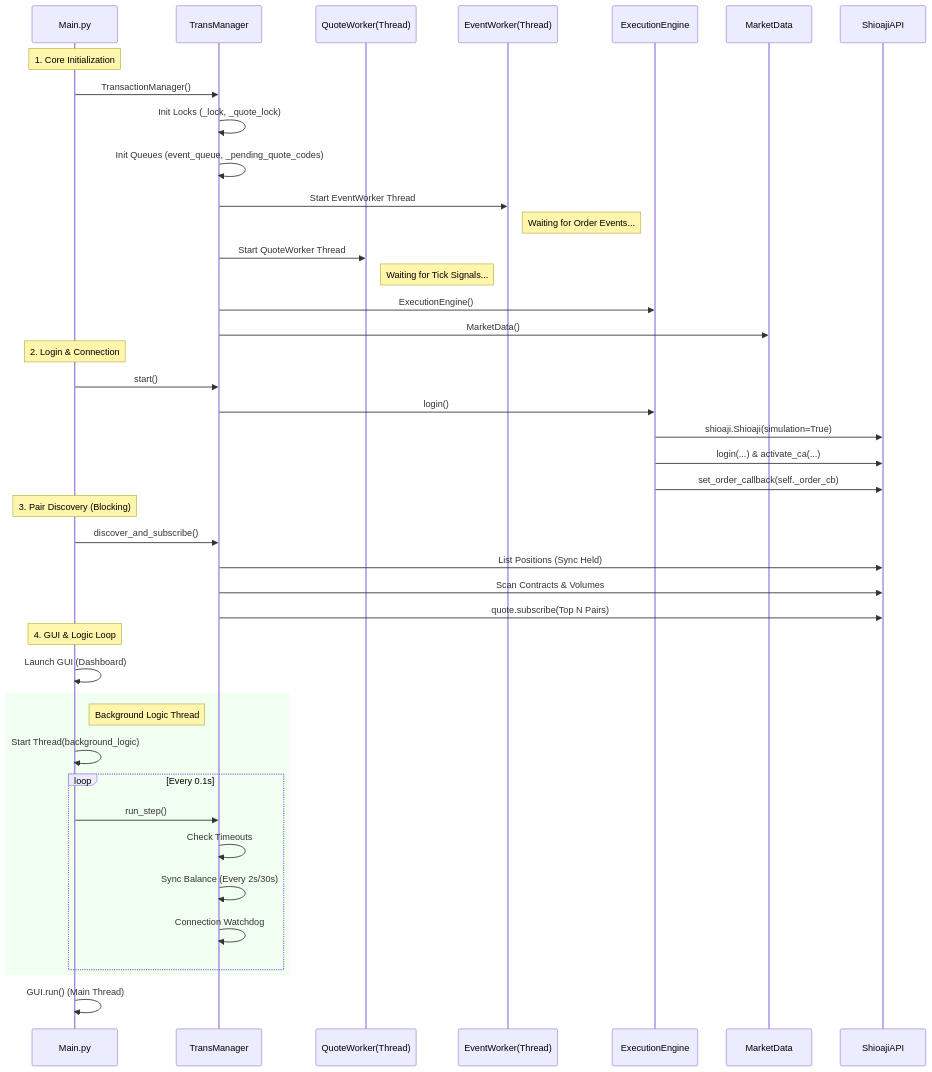
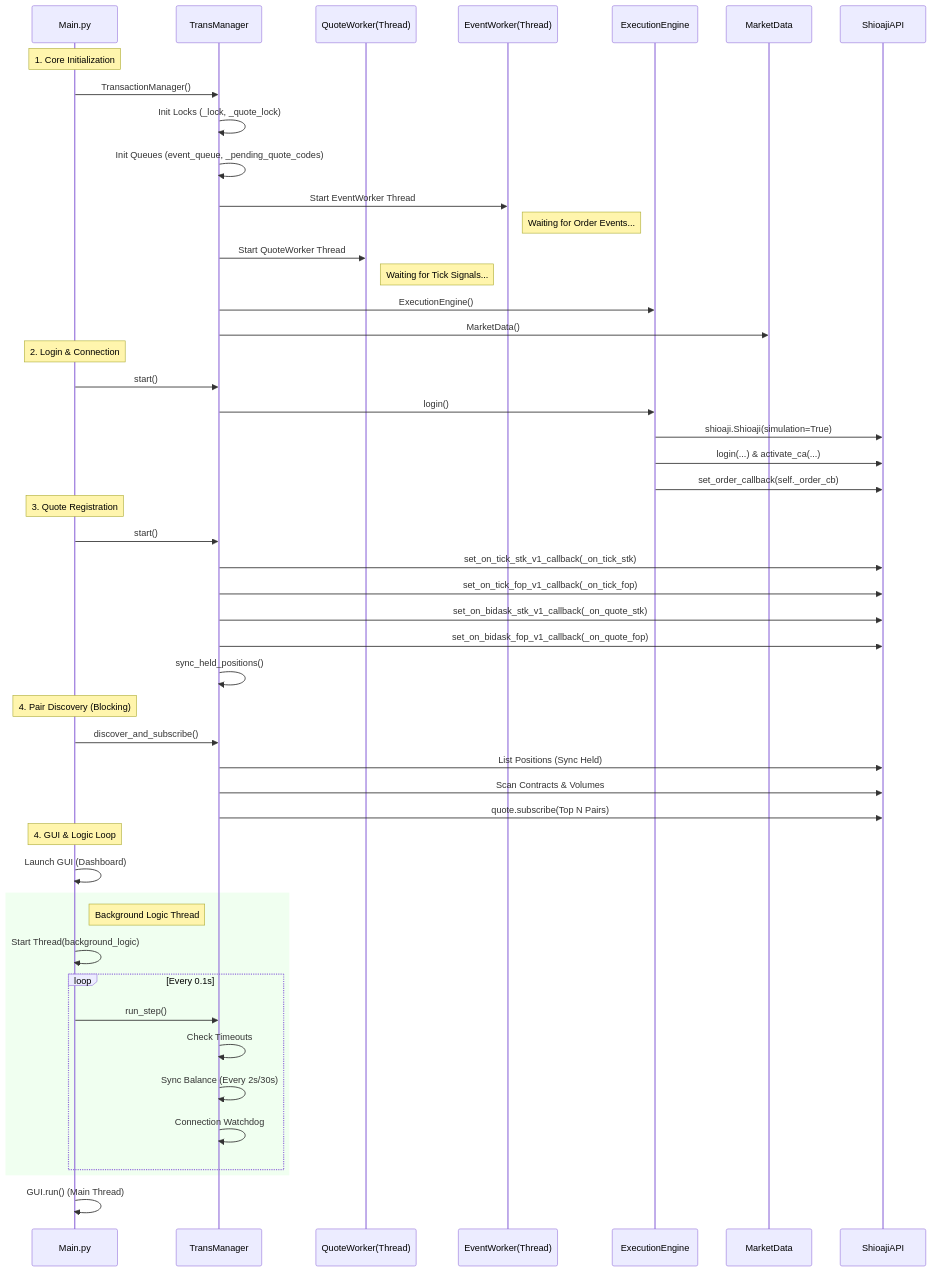
The second of 9 diagrams in source_code_interpretation.md (yupao-tsai/trading), drawn with Mermaid before and after one commit.

Commit message:
Docs: Add explicit callback registration to Startup Diagram

````diff
--- a/source_code_interpretation.md
+++ b/source_code_interpretation.md
@@ -192,53 +192,61 @@
 ```mermaid
 sequenceDiagram
     participant Main as Main.py
     participant TM as TransManager
     participant QW as QuoteWorker(Thread)
     participant EW as EventWorker(Thread)
     participant Exec as ExecutionEngine
     participant MD as MarketData
     participant API as ShioajiAPI
     
     Note over Main: 1. Core Initialization
     Main->>TM: TransactionManager()
     TM->>TM: Init Locks (_lock, _quote_lock)
     TM->>TM: Init Queues (event_queue, _pending_quote_codes)
     
     TM->>EW: Start EventWorker Thread
     Note right of EW: Waiting for Order Events...
     
     TM->>QW: Start QuoteWorker Thread
     Note right of QW: Waiting for Tick Signals...
     
     TM->>Exec: ExecutionEngine()
     TM->>MD: MarketData()
     
     Note over Main: 2. Login & Connection
     Main->>TM: start()
     TM->>Exec: login()
     Exec->>API: shioaji.Shioaji(simulation=True)
     Exec->>API: login(...) & activate_ca(...)
     Exec->>API: set_order_callback(self._order_cb)
     
-    Note over Main: 3. Pair Discovery (Blocking)
+    Note over Main: 3. Quote Registration
+    Main->>TM: start()
+    TM->>API: set_on_tick_stk_v1_callback(_on_tick_stk)
+    TM->>API: set_on_tick_fop_v1_callback(_on_tick_fop)
+    TM->>API: set_on_bidask_stk_v1_callback(_on_quote_stk)
+    TM->>API: set_on_bidask_fop_v1_callback(_on_quote_fop)
+    TM->>TM: sync_held_positions()
+    
+    Note over Main: 4. Pair Discovery (Blocking)
     Main->>TM: discover_and_subscribe()
     TM->>API: List Positions (Sync Held)
     TM->>API: Scan Contracts & Volumes
     TM->>API: quote.subscribe(Top N Pairs)
     
     Note over Main: 4. GUI & Logic Loop
     Main->>Main: Launch GUI (Dashboard)
     
     rect rgb(240, 255, 240)
         Note right of Main: Background Logic Thread
         Main->>Main: Start Thread(background_logic)
         loop Every 0.1s
             Main->>TM: run_step()
             TM->>TM: Check Timeouts
             TM->>TM: Sync Balance (Every 2s/30s)
             TM->>TM: Connection Watchdog
         end
     end
     
     Main->>Main: GUI.run() (Main Thread)
 ```
````
